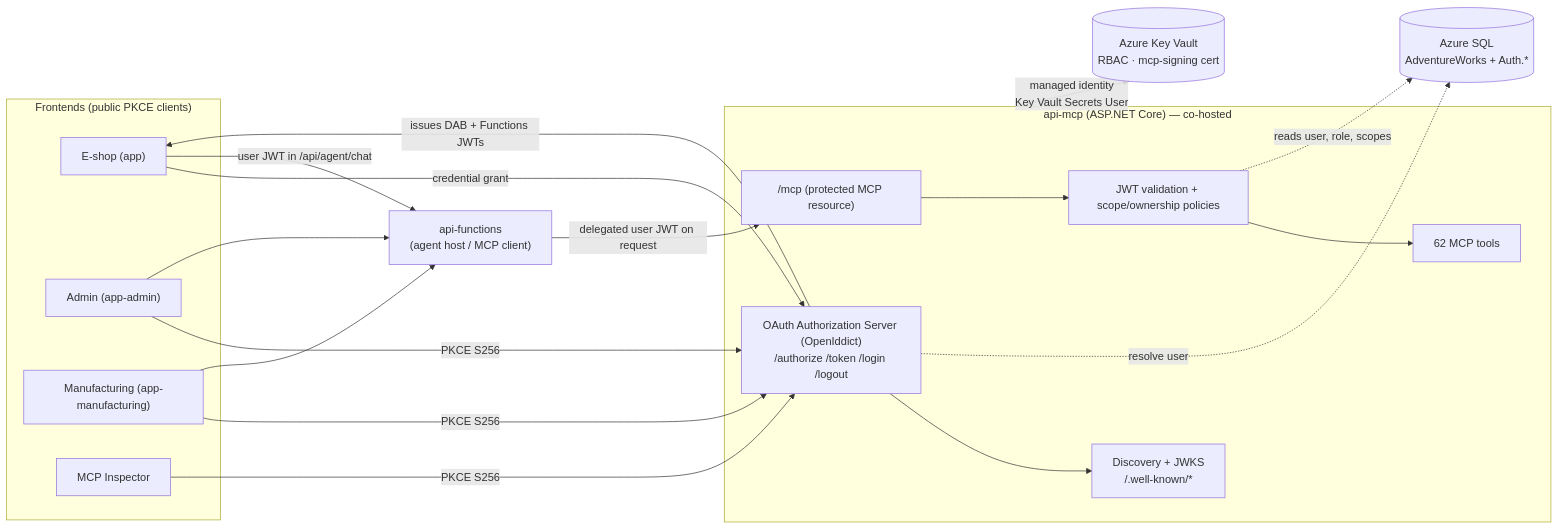
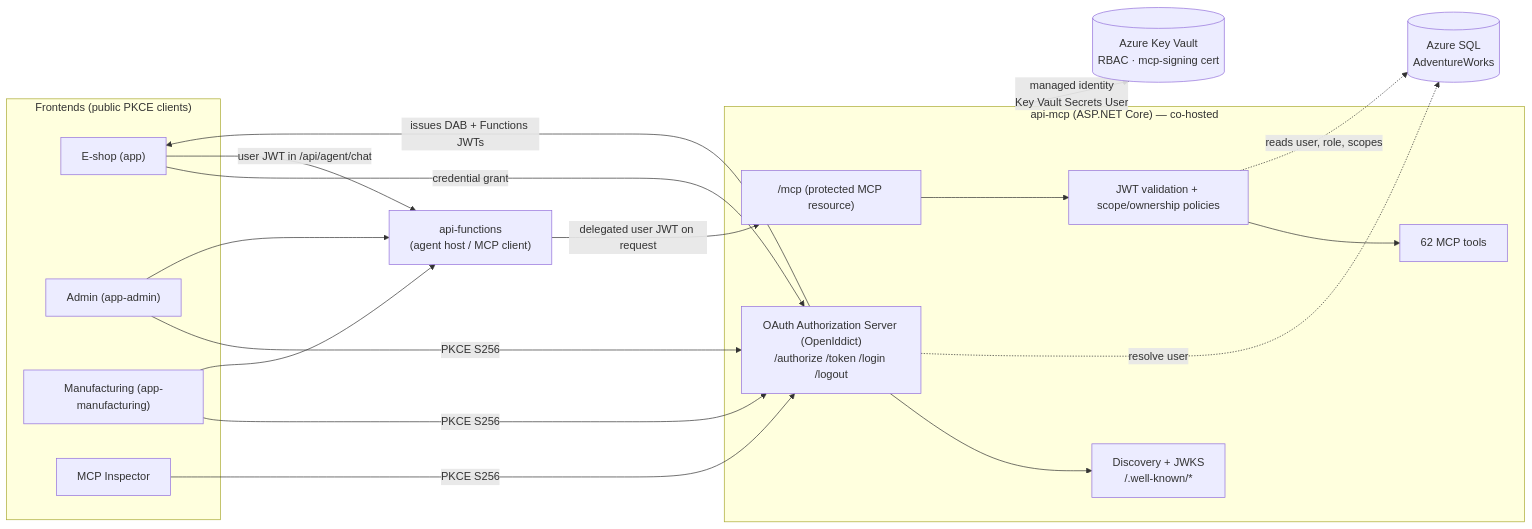
Before and after one commit to ahems/AdventureWorks: the first of 3 diagrams in docs/features/mcp-oauth/README.md, drawn with Mermaid. The commit also changed other lines of this file and 250 other files, not shown here.

````diff
--- a/docs/features/mcp-oauth/README.md
+++ b/docs/features/mcp-oauth/README.md
@@ -83,37 +85,37 @@
 ```mermaid
 flowchart LR
   subgraph Browser["Frontends (public PKCE clients)"]
     eshop["E-shop (app)"]
     admin["Admin (app-admin)"]
     mfg["Manufacturing (app-manufacturing)"]
     insp["MCP Inspector"]
   end
 
   subgraph apimcp["api-mcp (ASP.NET Core) — co-hosted"]
     as["OAuth Authorization Server (OpenIddict)\n/authorize /token /login /logout"]
     disc["Discovery + JWKS\n/.well-known/*"]
     val["JWT validation + scope/ownership policies"]
     mcp["/mcp (protected MCP resource)"]
     tools["62 MCP tools"]
   end
 
   func["api-functions\n(agent host / MCP client)"]
   kv[("Azure Key Vault\nRBAC · mcp-signing cert")]
-  sql[("Azure SQL\nAdventureWorks + Auth.*")]
+  sql[("Azure SQL\nAdventureWorks")]
 
   eshop -->|credential grant| as
   admin -->|PKCE S256| as
   mfg -->|PKCE S256| as
   insp -->|PKCE S256| as
   as --> disc
   as -->|issues DAB + Functions JWTs| eshop
 
   eshop -->|user JWT in /api/agent/chat| func
   admin --> func
   mfg --> func
   func -->|delegated user JWT on request| mcp
   mcp --> val --> tools
   val -.reads user, role, scopes.-> sql
   as -.resolve user.-> sql
   apimcp -->|managed identity\nKey Vault Secrets User| kv
 ```
````
